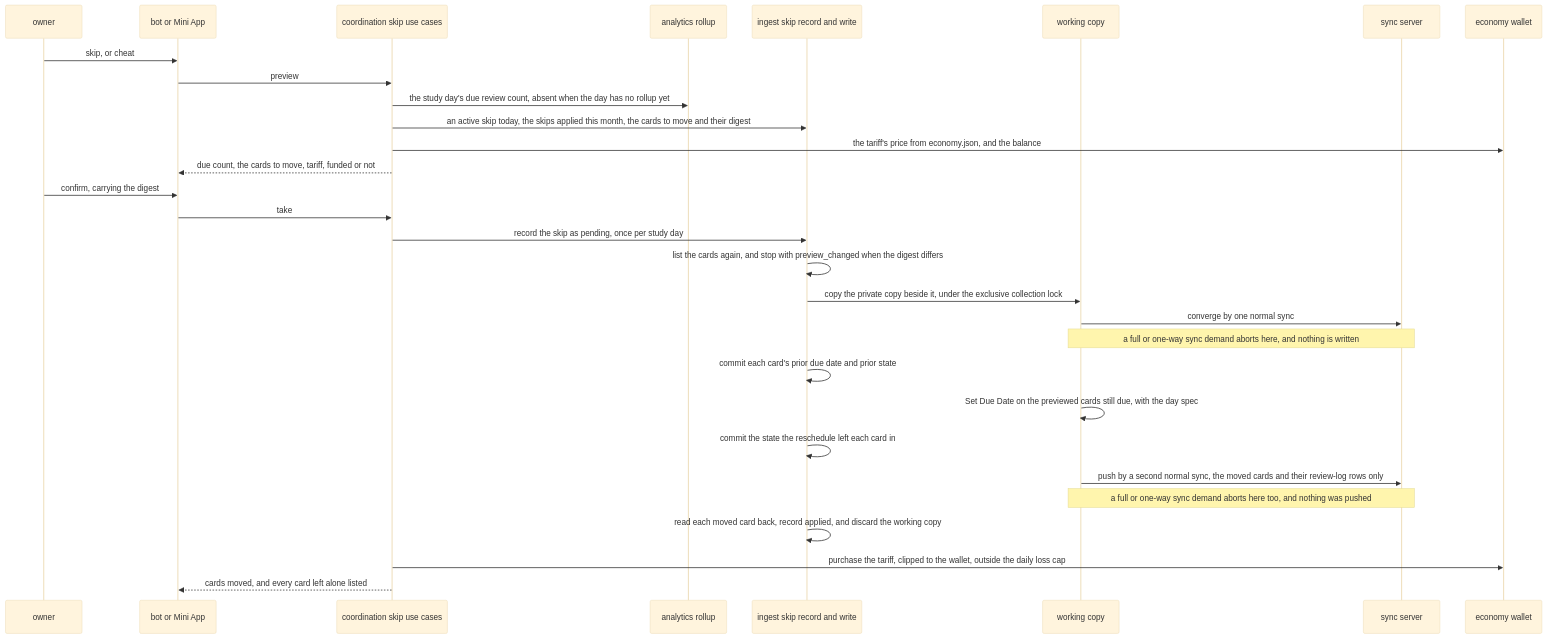
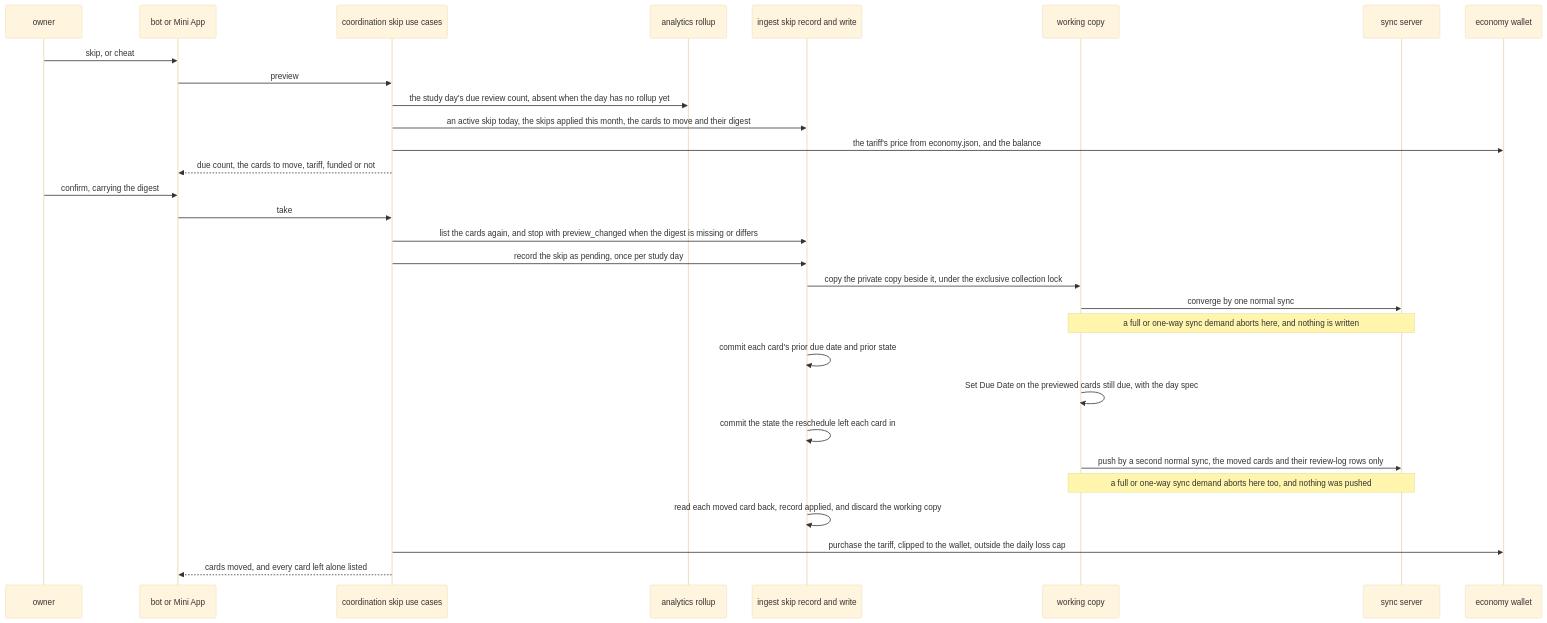
Before and after one commit to RexRenatus/deck-streak: the first of 4 diagrams in docs/schematics/skip-day-record-and-effects.md, drawn with Mermaid (base theme). The commit also changed 1 other file, not shown here.

Commit message:
docs(plan): tense the changelog and order the take's digest check

````diff
--- a/docs/schematics/skip-day-record-and-effects.md
+++ b/docs/schematics/skip-day-record-and-effects.md
@@ -17,32 +17,32 @@
 ```mermaid
 sequenceDiagram
   participant O as owner
   participant S as bot or Mini App
   participant C as coordination skip use cases
   participant A as analytics rollup
   participant I as ingest skip record and write
   participant W as working copy
   participant V as sync server
   participant E as economy wallet
   O->>S: skip, or cheat
   S->>C: preview
   C->>A: the study day's due review count, absent when the day has no rollup yet
   C->>I: an active skip today, the skips applied this month, the cards to move and their digest
   C->>E: the tariff's price from economy.json, and the balance
   C-->>S: due count, the cards to move, tariff, funded or not
   O->>S: confirm, carrying the digest
   S->>C: take
+  C->>I: list the cards again, and stop with preview_changed when the digest is missing or differs
   C->>I: record the skip as pending, once per study day
-  I->>I: list the cards again, and stop with preview_changed when the digest differs
   I->>W: copy the private copy beside it, under the exclusive collection lock
   W->>V: converge by one normal sync
   Note over W,V: a full or one-way sync demand aborts here, and nothing is written
   I->>I: commit each card's prior due date and prior state
   W->>W: Set Due Date on the previewed cards still due, with the day spec
   I->>I: commit the state the reschedule left each card in
   W->>V: push by a second normal sync, the moved cards and their review-log rows only
   Note over W,V: a full or one-way sync demand aborts here too, and nothing was pushed
   I->>I: read each moved card back, record applied, and discard the working copy
   C->>E: purchase the tariff, clipped to the wallet, outside the daily loss cap
   C-->>S: cards moved, and every card left alone listed
 ```
````
